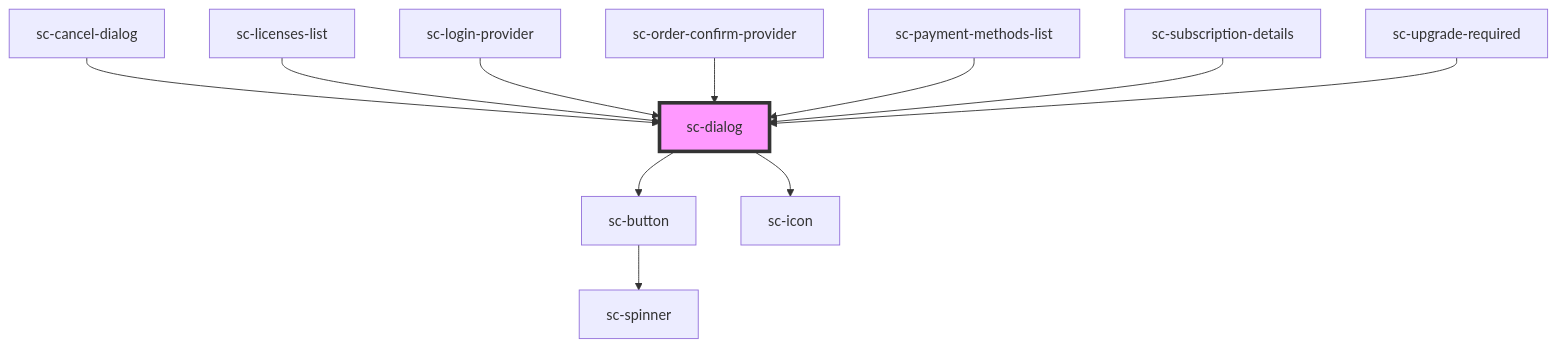
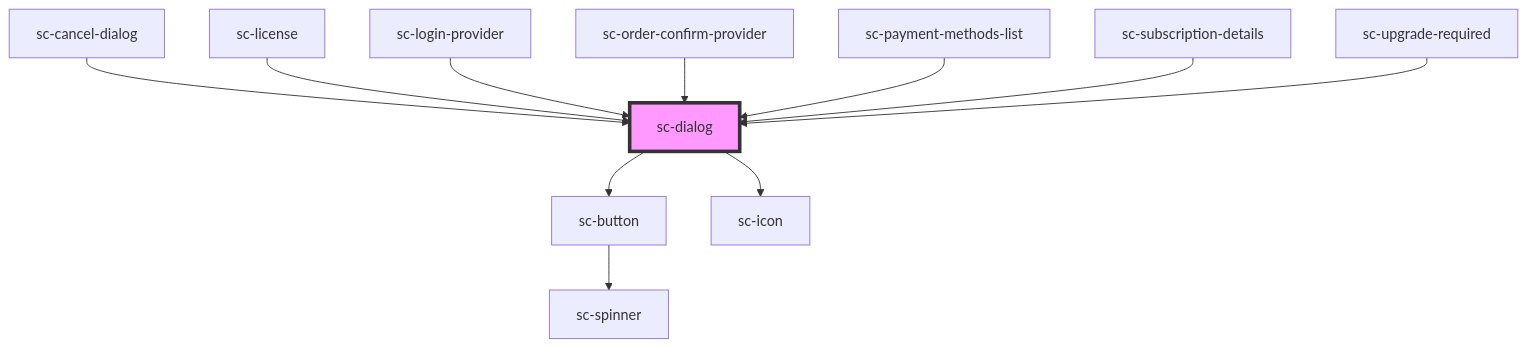
Before and after one commit to surecart/surecart-wp-plugin: the diagram in packages/components/src/components/ui/sc-dialog/readme.md, drawn with Mermaid. The commit also changed other lines of this file and 23 other files, not shown here.

Commit message:
Update the display of the licenses to not use sc-table but sc-list

````diff
--- a/packages/components/src/components/ui/sc-dialog/readme.md
+++ b/packages/components/src/components/ui/sc-dialog/readme.md
@@ -61,14 +61,14 @@
 ```mermaid
 graph TD;
   sc-dialog --> sc-button
   sc-dialog --> sc-icon
   sc-button --> sc-spinner
   sc-cancel-dialog --> sc-dialog
-  sc-licenses-list --> sc-dialog
+  sc-license --> sc-dialog
   sc-login-provider --> sc-dialog
   sc-order-confirm-provider --> sc-dialog
   sc-payment-methods-list --> sc-dialog
   sc-subscription-details --> sc-dialog
   sc-upgrade-required --> sc-dialog
   style sc-dialog fill:#f9f,stroke:#333,stroke-width:4px
 ```
````
